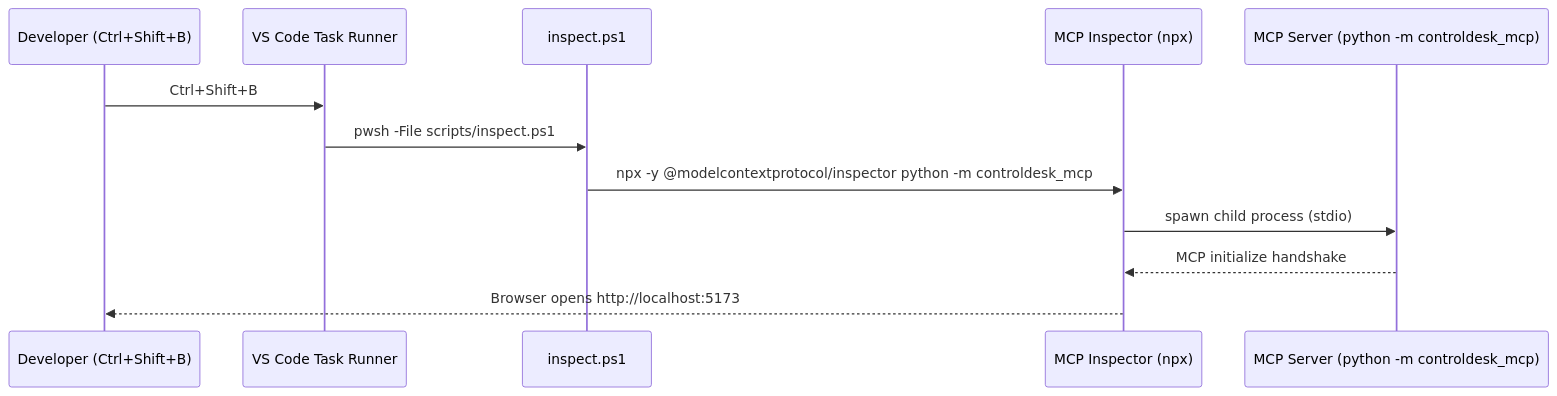
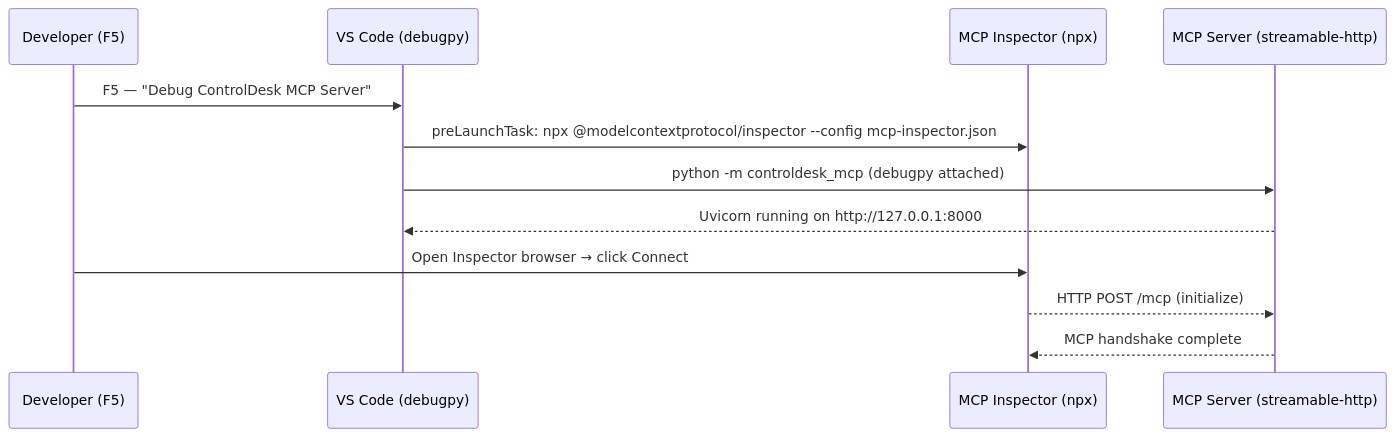
Before and after one commit to dspace-group/ControlDeskMCP: the fourth of 4 diagrams in docs/mcp-inspector.md, drawn with Mermaid. The commit also changed other lines of this file and 7 other files, not shown here.

Commit message:
Local debug setup unsing MCP inspector

````diff
--- a/docs/mcp-inspector.md
+++ b/docs/mcp-inspector.md
@@ -276,15 +274,15 @@
 ```mermaid
 sequenceDiagram
-    participant Dev as Developer (Ctrl+Shift+B)
-    participant VS as VS Code Task Runner
-    participant PS as inspect.ps1
+    participant Dev as Developer (F5)
+    participant VS as VS Code (debugpy)
     participant NPX as MCP Inspector (npx)
-    participant Srv as MCP Server (python -m controldesk_mcp)
+    participant Srv as MCP Server (streamable-http)
 
-    Dev->>VS: Ctrl+Shift+B
-    VS->>PS: pwsh -File scripts/inspect.ps1
-    PS->>NPX: npx -y @modelcontextprotocol/inspector python -m controldesk_mcp
-    NPX->>Srv: spawn child process (stdio)
-    Srv-->>NPX: MCP initialize handshake
-    NPX-->>Dev: Browser opens http://localhost:5173
+    Dev->>VS: F5 — "Debug ControlDesk MCP Server"
+    VS->>NPX: preLaunchTask: npx @modelcontextprotocol/inspector --config mcp-inspector.json
+    VS->>Srv: python -m controldesk_mcp (debugpy attached)
+    Srv-->>VS: Uvicorn running on http://127.0.0.1:8000
+    Dev->>NPX: Open Inspector browser → click Connect
+    NPX-->>Srv: HTTP POST /mcp (initialize)
+    Srv-->>NPX: MCP handshake complete
 ```
````
